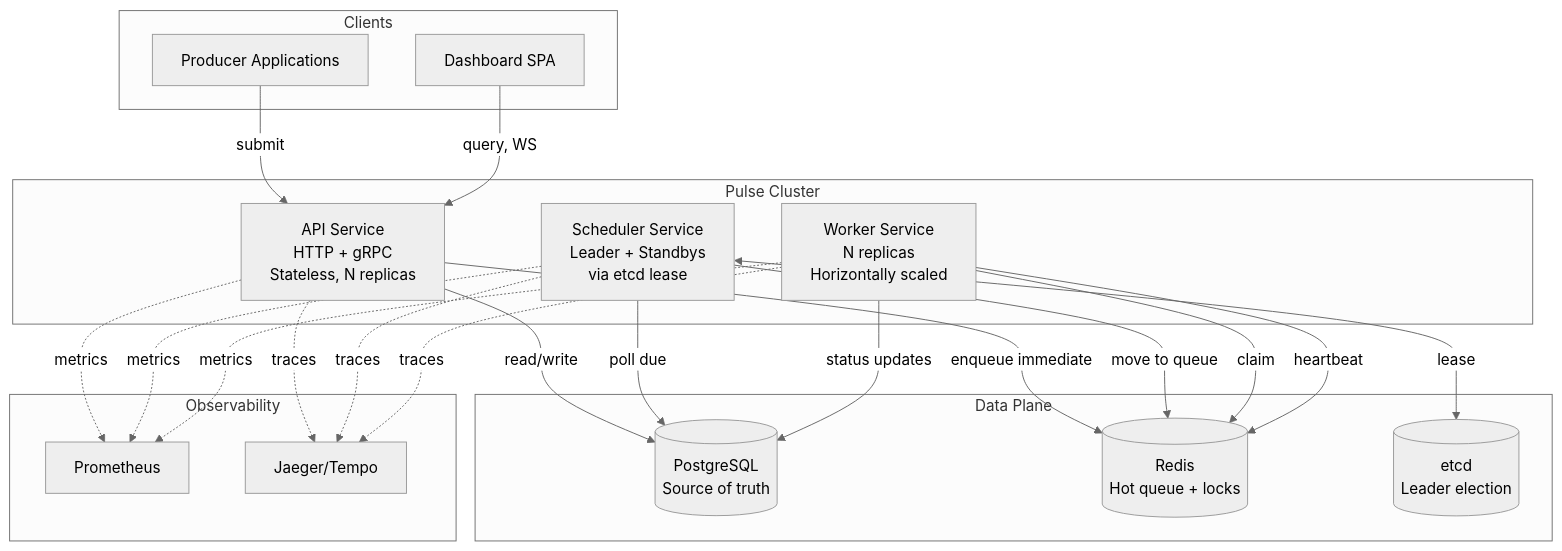
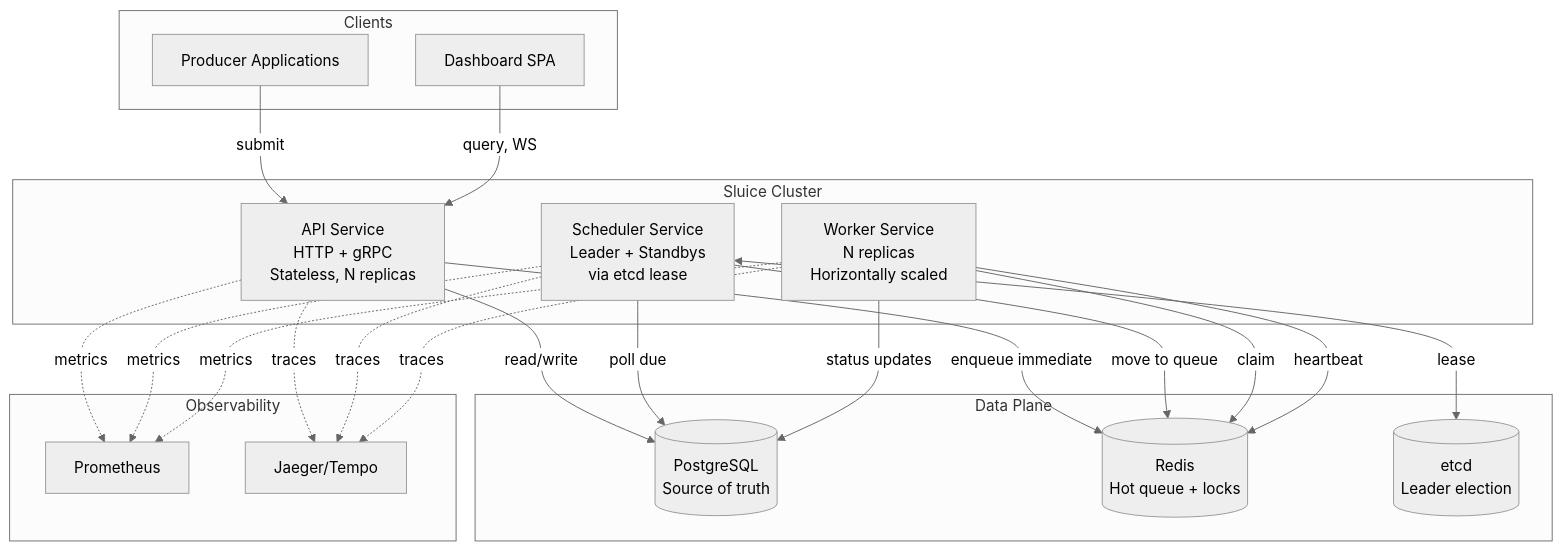
The first of 2 diagrams in architecture.md (JoshBlazer/jobit), drawn with Mermaid (neutral theme) before and after one commit. The commit also changed other lines of this file and 40 other files, not shown here.

First line of the commit message:
refactor: rename Pulse → Sluice everywhere

````diff
--- a/architecture.md
+++ b/architecture.md
@@ -36,46 +36,46 @@
 ```mermaid
 flowchart TB
     subgraph Clients
         Producer[Producer Applications]
         Dashboard[Dashboard SPA]
     end
 
-    subgraph "Pulse Cluster"
+    subgraph "Sluice Cluster"
         API[API Service<br/>HTTP + gRPC<br/>Stateless, N replicas]
         Scheduler[Scheduler Service<br/>Leader + Standbys<br/>via etcd lease]
         Worker[Worker Service<br/>N replicas<br/>Horizontally scaled]
     end
 
     subgraph "Data Plane"
         PG[(PostgreSQL<br/>Source of truth)]
         Redis[(Redis<br/>Hot queue + locks)]
         Etcd[(etcd<br/>Leader election)]
     end
 
     subgraph "Observability"
         Prom[Prometheus]
         Jaeger[Jaeger/Tempo]
     end
 
     Producer -->|submit| API
     Dashboard -->|query, WS| API
     
     API -->|read/write| PG
     API -->|enqueue immediate| Redis
     
     Scheduler -->|poll due| PG
     Scheduler -->|move to queue| Redis
     Scheduler <-->|lease| Etcd
     
     Worker -->|claim| Redis
     Worker -->|status updates| PG
     Worker -->|heartbeat| Redis
     
     API -.metrics.-> Prom
     Scheduler -.metrics.-> Prom
     Worker -.metrics.-> Prom
     
     API -.traces.-> Jaeger
     Scheduler -.traces.-> Jaeger
     Worker -.traces.-> Jaeger
 ```
````
